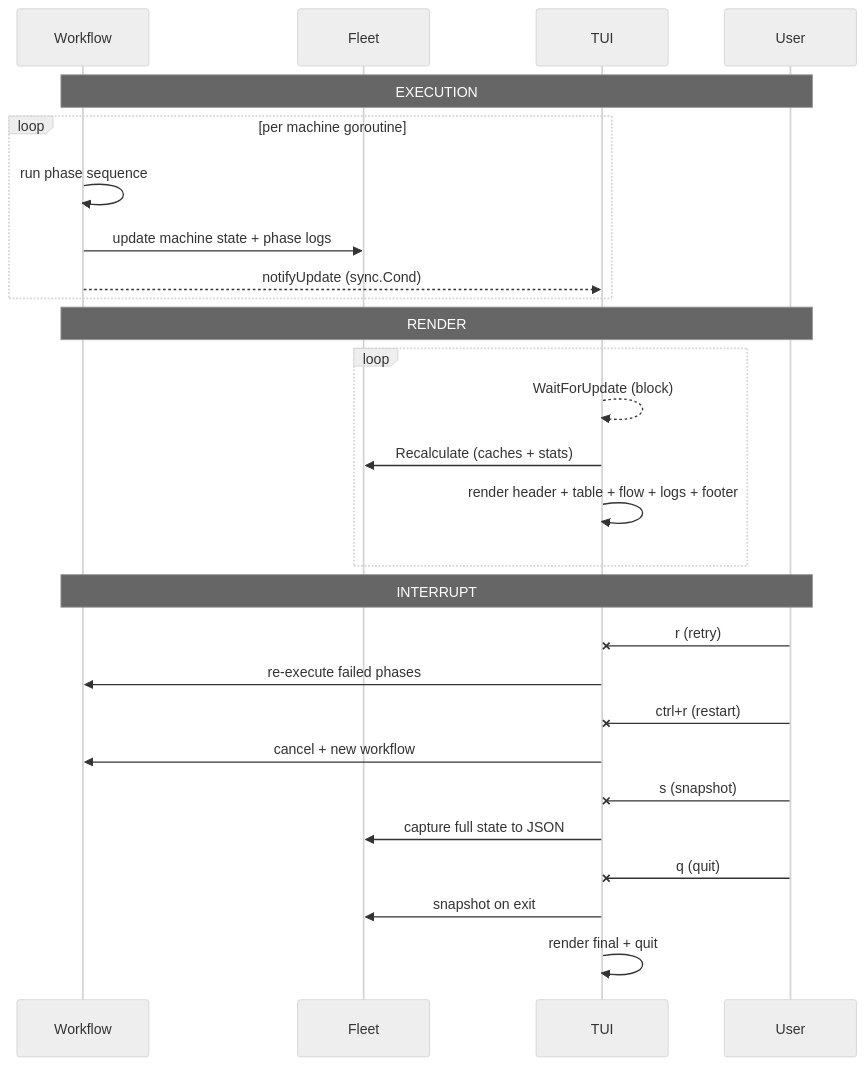
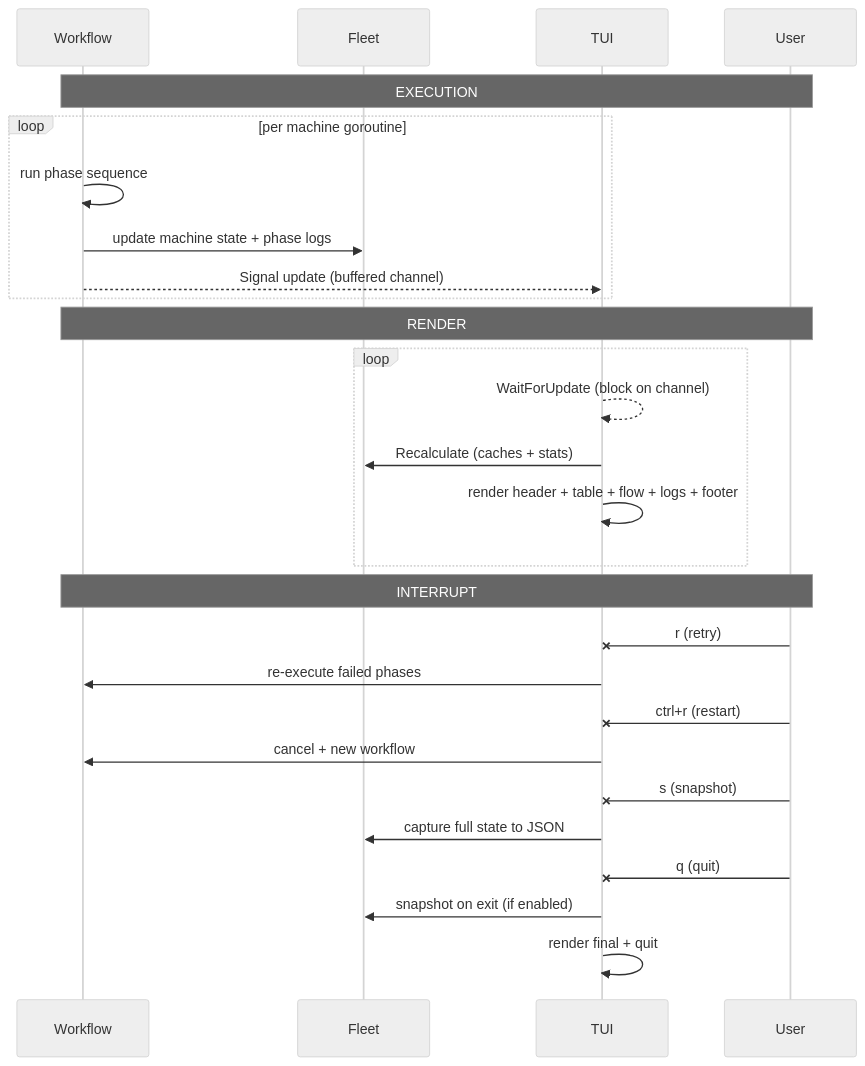
The diagram in docs/src/content/docs/internals/tui-engine.mdx (mihakrumpestar/panix), drawn with Mermaid (neutral theme) before and after one commit. The commit also changed 45 other files, not shown here.

````diff
--- a/docs/src/content/docs/internals/tui-engine.mdx
+++ b/docs/src/content/docs/internals/tui-engine.mdx
@@ -38,35 +38,35 @@
 ```mermaid
 sequenceDiagram
   participant W as Workflow
   participant F as Fleet
   participant T as TUI
   participant U as User
 
   Note over W,U: EXECUTION
   loop per machine goroutine
     W->>W: run phase sequence
     W->>F: update machine state + phase logs
-    W-->>T: notifyUpdate (sync.Cond)
+    W-->>T: Signal update (buffered channel)
   end
 
   Note over W,U: RENDER
   loop
-    T-->>T: WaitForUpdate (block)
+    T-->>T: WaitForUpdate (block on channel)
     T->>F: Recalculate (caches + stats)
     T->>T: render header + table + flow + logs + footer
   end
 
   Note over W,U: INTERRUPT
   U-x T: r (retry)
   T->>W: re-execute failed phases
 
   U-x T: ctrl+r (restart)
   T->>W: cancel + new workflow
 
   U-x T: s (snapshot)
   T->>F: capture full state to JSON
 
   U-x T: q (quit)
-  T->>F: snapshot on exit
+  T->>F: snapshot on exit (if enabled)
   T->>T: render final + quit
 ```
````
